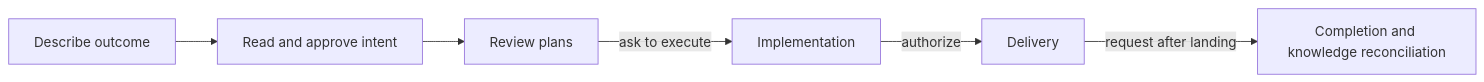
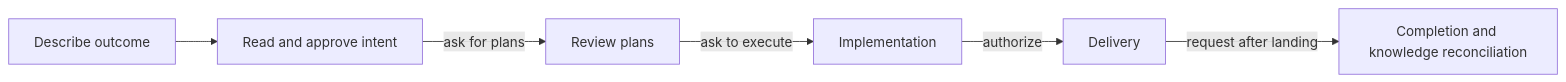
One commit to kaotypr/context-circuit-website changed the second of 2 diagrams in content/docs/get-started/index.mdx. Above: the diagram before and after it, drawn with Mermaid. The commit also changed other lines of this file and 28 other files, not shown here.

````diff
--- a/content/docs/get-started/index.mdx
+++ b/content/docs/get-started/index.mdx
@@ -67,8 +67,8 @@
 ```mermaid
 flowchart LR
   Q[Describe outcome] --> I[Read and approve intent]
-  I --> P[Review plans]
+  I -->|ask for plans| P[Review plans]
   P -->|ask to execute| E[Implementation]
   E -->|authorize| D[Delivery]
   D -->|request after landing| C[Completion and knowledge reconciliation]
 ```
````
